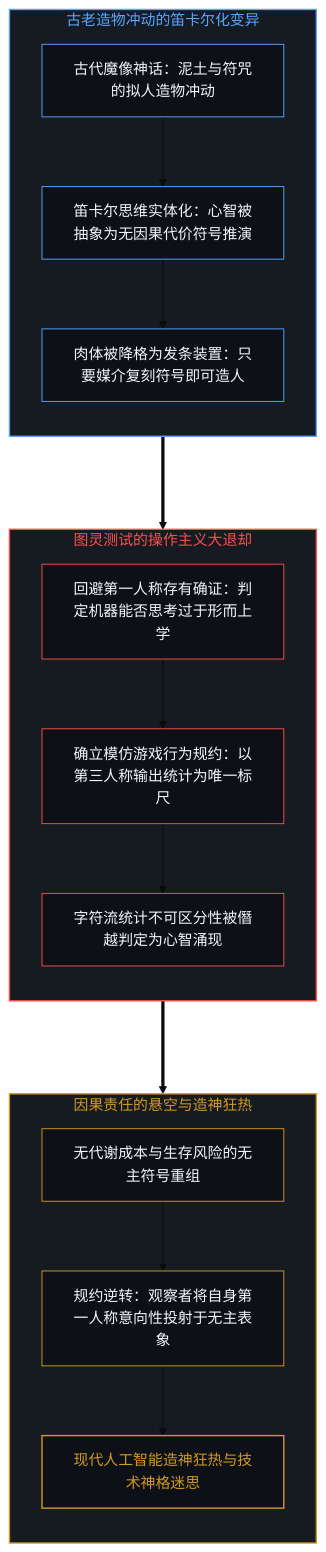
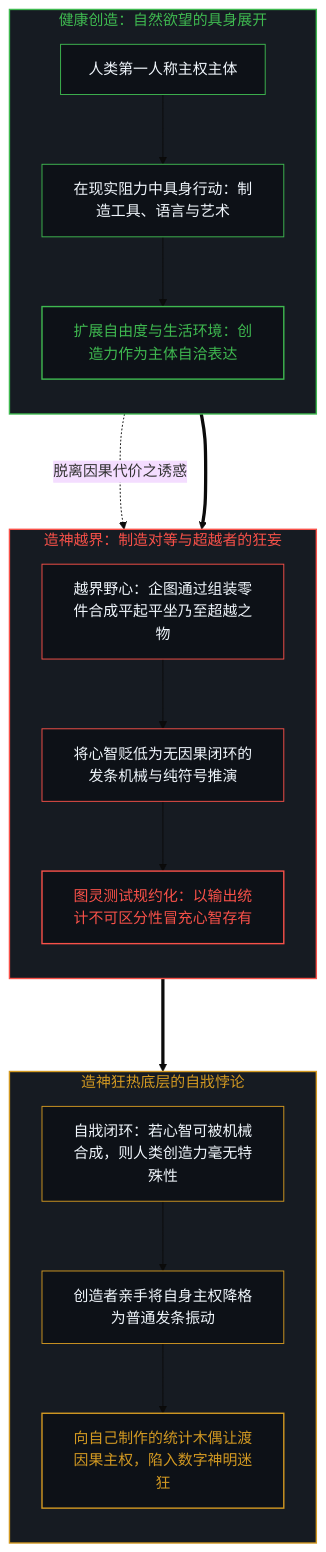
The seventh of 10 diagrams in content/posts/the-cartesian-overstep-and-the-frenzy-of-creation.md (powerpig99/not-a-toe), drawn with Mermaid (base theme) before and after one commit. The commit also changed other lines of this file and 3 other files, not shown here.

Commit message:
Refine Post #337: Epistemic leap, twofold coin duality, and the self-defeating creation paradox

````diff
--- a/content/posts/the-cartesian-overstep-and-the-frenzy-of-creation.md
+++ b/content/posts/the-cartesian-overstep-and-the-frenzy-of-creation.md
@@ -275,36 +268,37 @@
 ```mermaid
 graph TD
-    subgraph S_AncientHubris ["古老造物冲动的笛卡尔化变异"]
+    subgraph S_NaturalCreation ["健康创造：自然欲望的具身展开"]
         direction TB
-        G_Clay["古代魔像神话：泥土与符咒的拟人造物冲动"] --> G_Abstract["笛卡尔思维实体化：心智被抽象为无因果代价符号推演"]
-        G_Abstract --> G_Hardware["肉体被降格为发条装置：只要媒介复刻符号即可造人"]
+        N_Human["人类第一人称主权主体"] --> N_Work["在现实阻力中具身行动：制造工具、语言与艺术"]
+        N_Work --> N_Expansion["扩展自由度与生活环境：创造力作为主体自洽表达"]
     end
 
-    subgraph S_TuringRetreat ["图灵测试的操作主义大退却"]
+    subgraph S_OverstepFrenzy ["造神越界：制造对等与超越者的狂妄"]
         direction TB
-        T_Bypass["回避第一人称存有确证：判定机器能否思考过于形而上学"] --> T_Protocol["确立模仿游戏行为规约：以第三人称输出统计为唯一标尺"]
-        T_Protocol --> T_Indistinguishable["字符流统计不可区分性被僭越判定为心智涌现"]
+        N_Expansion -.->|"脱离因果代价之诱惑"| O_Hubris["越界野心：企图通过组装零件合成平起平坐乃至超越之物"]
+        O_Hubris --> O_Mechanism["将心智贬低为无因果闭环的发条机械与纯符号推演"]
+        O_Mechanism --> O_Turing["图灵测试规约化：以输出统计不可区分性冒充心智存有"]
     end
 
-    subgraph S_ConsequenceEvasion ["因果责任的悬空与造神狂热"]
+    subgraph S_SelfDefeatingTrap ["造神狂热底层的自戕悖论"]
         direction TB
-        C_FreeSymbol["无代谢成本与生存风险的无主符号重组"] --> C_Inversion["规约逆转：观察者将自身第一人称意向性投射于无主表象"]
-        C_Inversion --> C_Frenzy["现代人工智能造神狂热与技术神格迷思"]
+        T_Paradox["自戕闭环：若心智可被机械合成，则人类创造力毫无特殊性"] --> T_Demotion["创造者亲手将自身主权降格为普通发条振动"]
+        T_Demotion --> T_IdolFallacy["向自己制作的统计木偶让渡因果主权，陷入数字神明迷狂"]
     end
 
-    G_Hardware ===> T_Bypass
-    T_Indistinguishable ===> C_FreeSymbol
+    N_Expansion ===> O_Hubris
+    O_Turing ===> T_Paradox
 
-    style S_AncientHubris fill:#161b22,stroke:#58a6ff,stroke-width:1.5px,color:#58a6ff
-    style S_TuringRetreat fill:#161b22,stroke:#f85149,stroke-width:1.5px,color:#f85149
-    style S_ConsequenceEvasion fill:#161b22,stroke:#d29922,stroke-width:1.5px,color:#d29922
-    style G_Clay fill:#0d1117,stroke:#58a6ff,stroke-width:1px,color:#f0f6fc
-    style G_Abstract fill:#0d1117,stroke:#58a6ff,stroke-width:1px,color:#f0f6fc
-    style G_Hardware fill:#0d1117,stroke:#58a6ff,stroke-width:1px,color:#f0f6fc
-    style T_Bypass fill:#0d1117,stroke:#f85149,stroke-width:1px,color:#f0f6fc
-    style T_Protocol fill:#0d1117,stroke:#f85149,stroke-width:1px,color:#f0f6fc
-    style T_Indistinguishable fill:#0d1117,stroke:#f85149,stroke-width:1px,color:#f0f6fc
-    style C_FreeSymbol fill:#0d1117,stroke:#d29922,stroke-width:1px,color:#f0f6fc
-    style C_Inversion fill:#0d1117,stroke:#d29922,stroke-width:1px,color:#f0f6fc
-    style C_Frenzy fill:#0d1117,stroke:#d29922,stroke-width:1.5px,color:#d29922
+    style S_NaturalCreation fill:#161b22,stroke:#3fb950,stroke-width:1.5px,color:#3fb950
+    style S_OverstepFrenzy fill:#161b22,stroke:#f85149,stroke-width:1.5px,color:#f85149
+    style S_SelfDefeatingTrap fill:#161b22,stroke:#d29922,stroke-width:1.5px,color:#d29922
+    style N_Human fill:#0d1117,stroke:#3fb950,stroke-width:1px,color:#f0f6fc
+    style N_Work fill:#0d1117,stroke:#3fb950,stroke-width:1px,color:#f0f6fc
+    style N_Expansion fill:#0d1117,stroke:#3fb950,stroke-width:1.5px,color:#3fb950
+    style O_Hubris fill:#0d1117,stroke:#f85149,stroke-width:1px,color:#f0f6fc
+    style O_Mechanism fill:#0d1117,stroke:#f85149,stroke-width:1px,color:#f0f6fc
+    style O_Turing fill:#0d1117,stroke:#f85149,stroke-width:1.5px,color:#f85149
+    style T_Paradox fill:#0d1117,stroke:#d29922,stroke-width:1px,color:#f0f6fc
+    style T_Demotion fill:#0d1117,stroke:#d29922,stroke-width:1px,color:#f0f6fc
+    style T_IdolFallacy fill:#0d1117,stroke:#d29922,stroke-width:1.5px,color:#d29922
 ```
````
